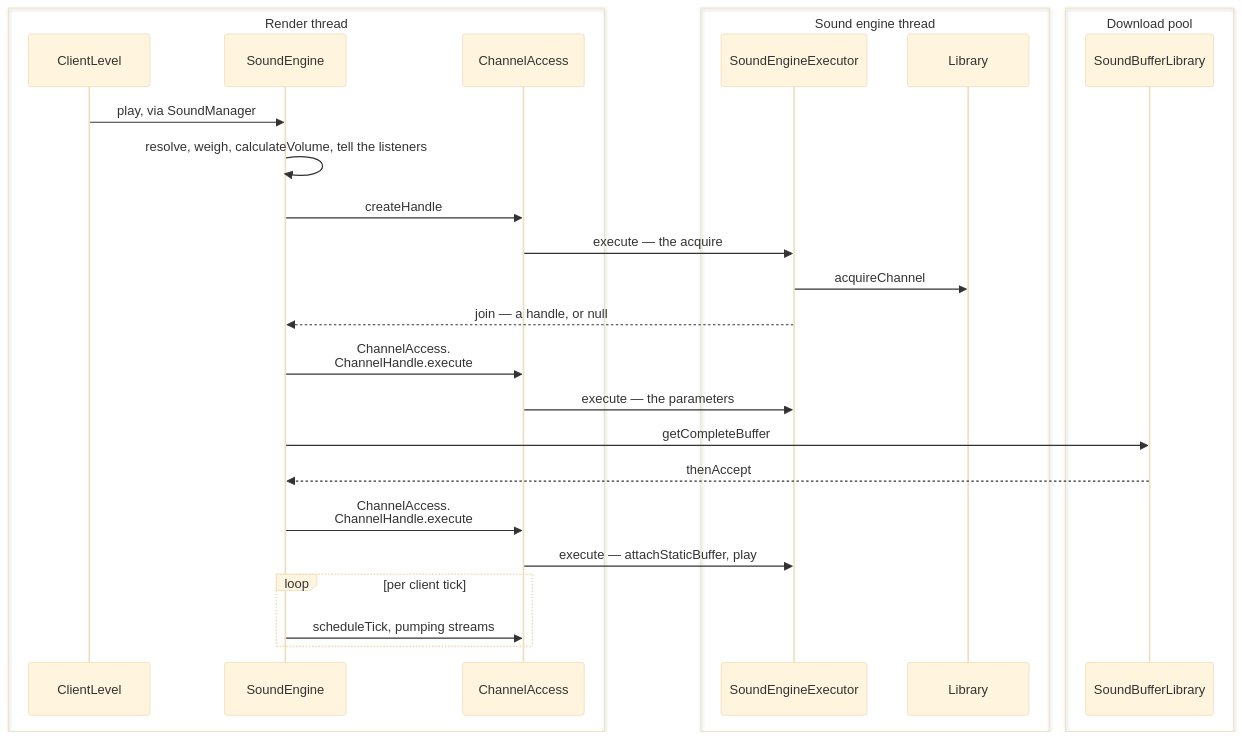
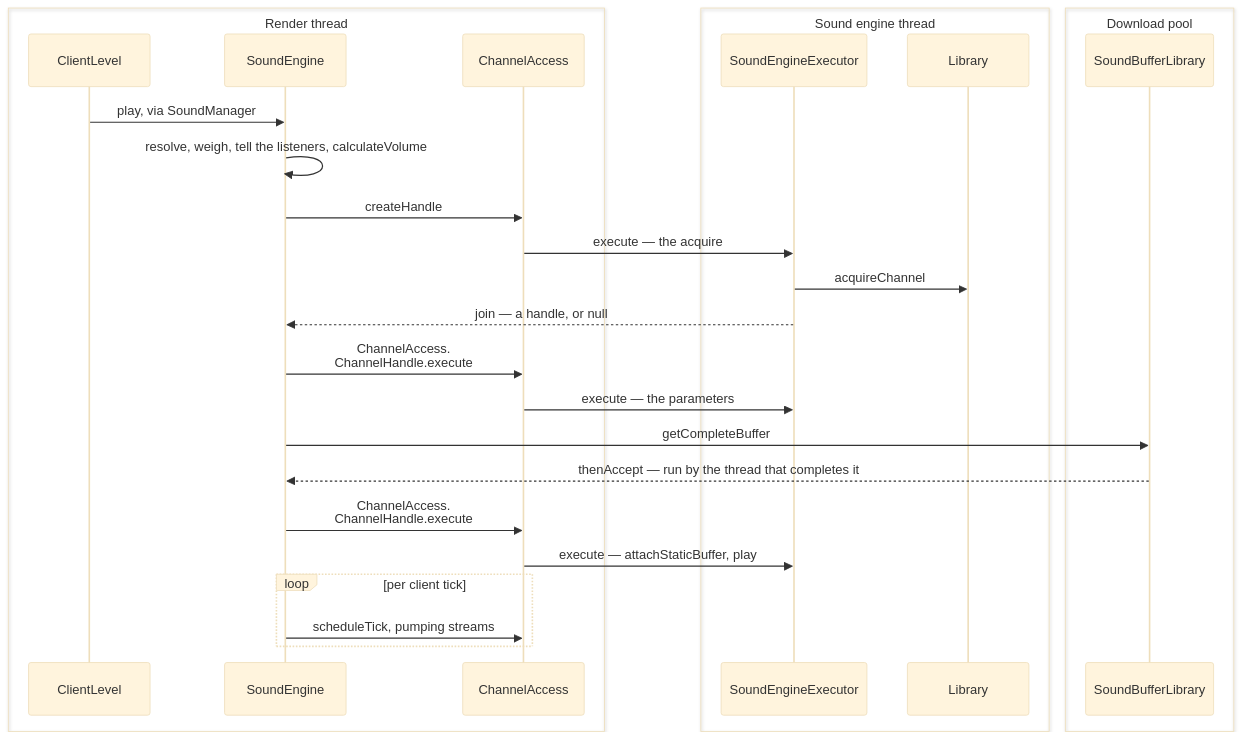
Before and after one commit to AlexanderjFraser/MinecraftDocs: the diagram in src/systems/client/sound-engine.md, drawn with Mermaid (base theme). The commit also changed other lines of this file and 33 other files, not shown here.

````diff
--- a/src/systems/client/sound-engine.md
+++ b/src/systems/client/sound-engine.md
@@ -74,31 +69,31 @@
 ```mermaid
 sequenceDiagram
     box transparent Render thread
     participant CL as ClientLevel
     participant SndE as SoundEngine
     participant ChanA as ChannelAccess
     end
     box transparent Sound engine thread
     participant SEE as SoundEngineExecutor
     participant Library as Library
     end
     box transparent Download pool
     participant SBL as SoundBufferLibrary
     end
 
     CL->>SndE: play, via SoundManager
-    SndE->>SndE: resolve, weigh, calculateVolume, tell the listeners
+    SndE->>SndE: resolve, weigh, tell the listeners, calculateVolume
     SndE->>ChanA: createHandle
     ChanA->>SEE: execute — the acquire
     SEE->>Library: acquireChannel
     SEE-->>SndE: join — a handle, or null
     SndE->>ChanA: ChannelAccess.<br/>ChannelHandle.execute
     ChanA->>SEE: execute — the parameters
     SndE->>SBL: getCompleteBuffer
-    SBL-->>SndE: thenAccept
+    SBL-->>SndE: thenAccept — run by the thread that completes it
     SndE->>ChanA: ChannelAccess.<br/>ChannelHandle.execute
     ChanA->>SEE: execute — attachStaticBuffer, play
     loop per client tick
         SndE->>ChanA: scheduleTick, pumping streams
     end
 ```
````
